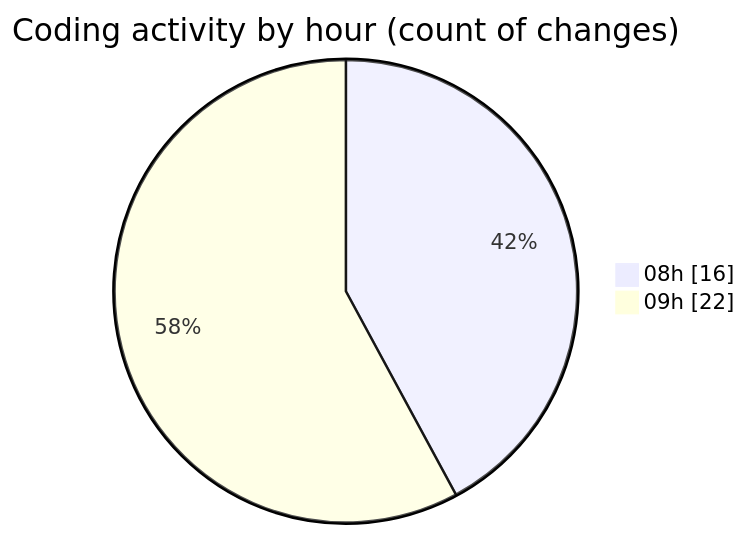
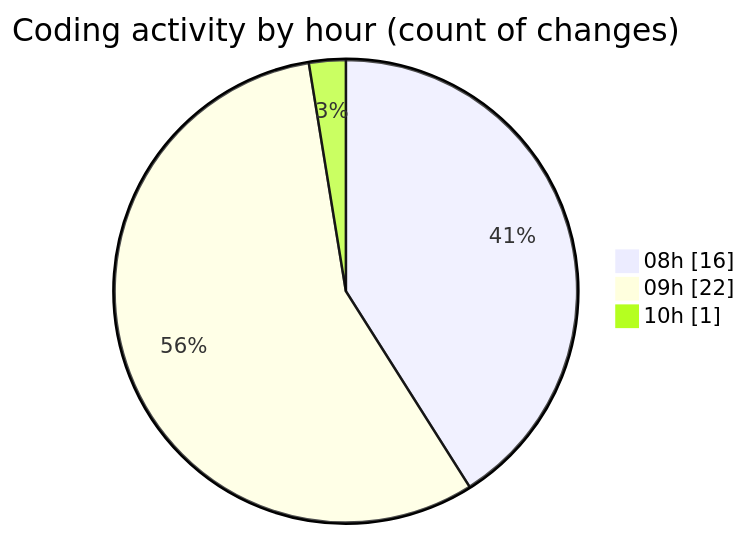
The second of 2 diagrams in 2025-07-25/cutler/README.md (EIIisD/code-tracking), drawn with Mermaid before and after one commit. The commit also changed other lines of this file and 1 other file, not shown here.

````diff
--- a/2025-07-25/cutler/README.md
+++ b/2025-07-25/cutler/README.md
@@ -39,6 +39,7 @@
 ```mermaid
 pie showData
 title Coding activity by hour (count of changes)
 "08h" : 16
 "09h" : 22
+"10h" : 1
 ```
````
